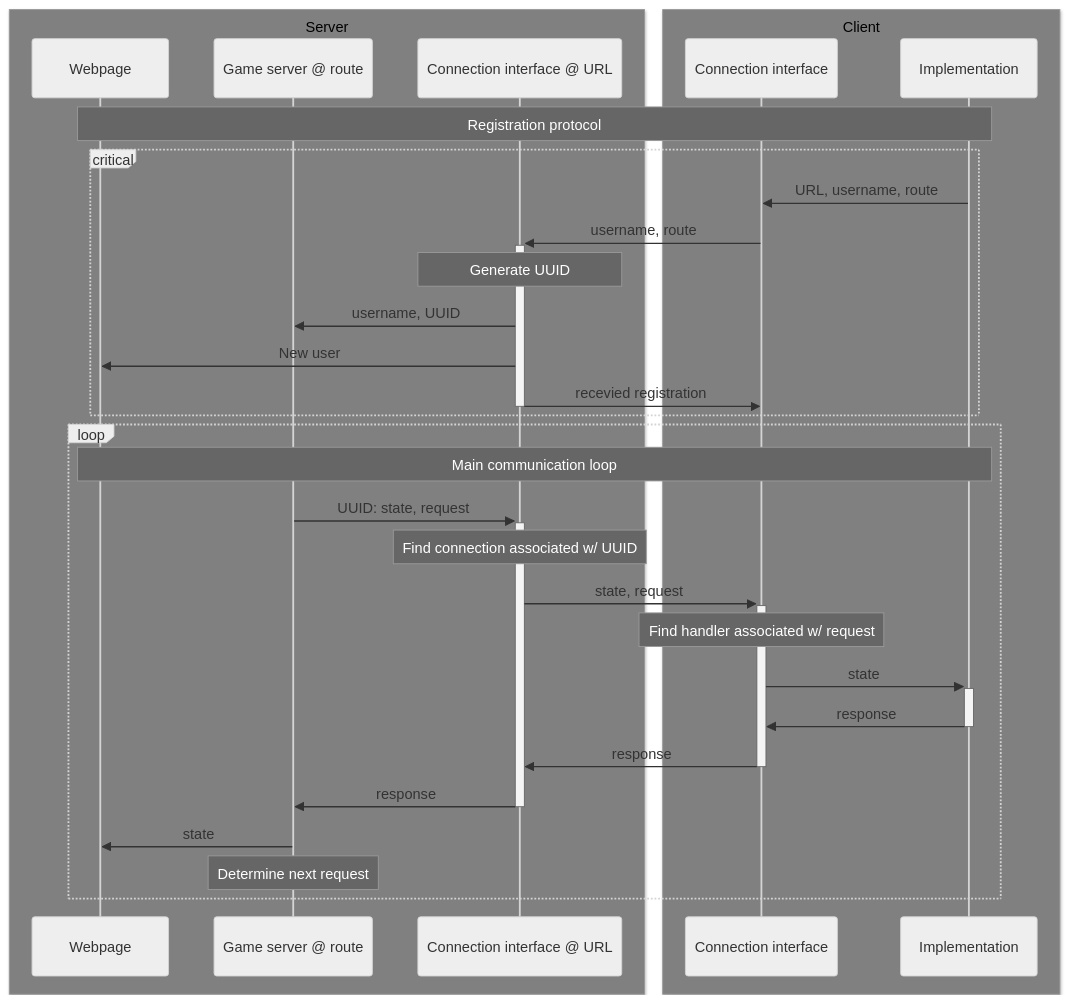
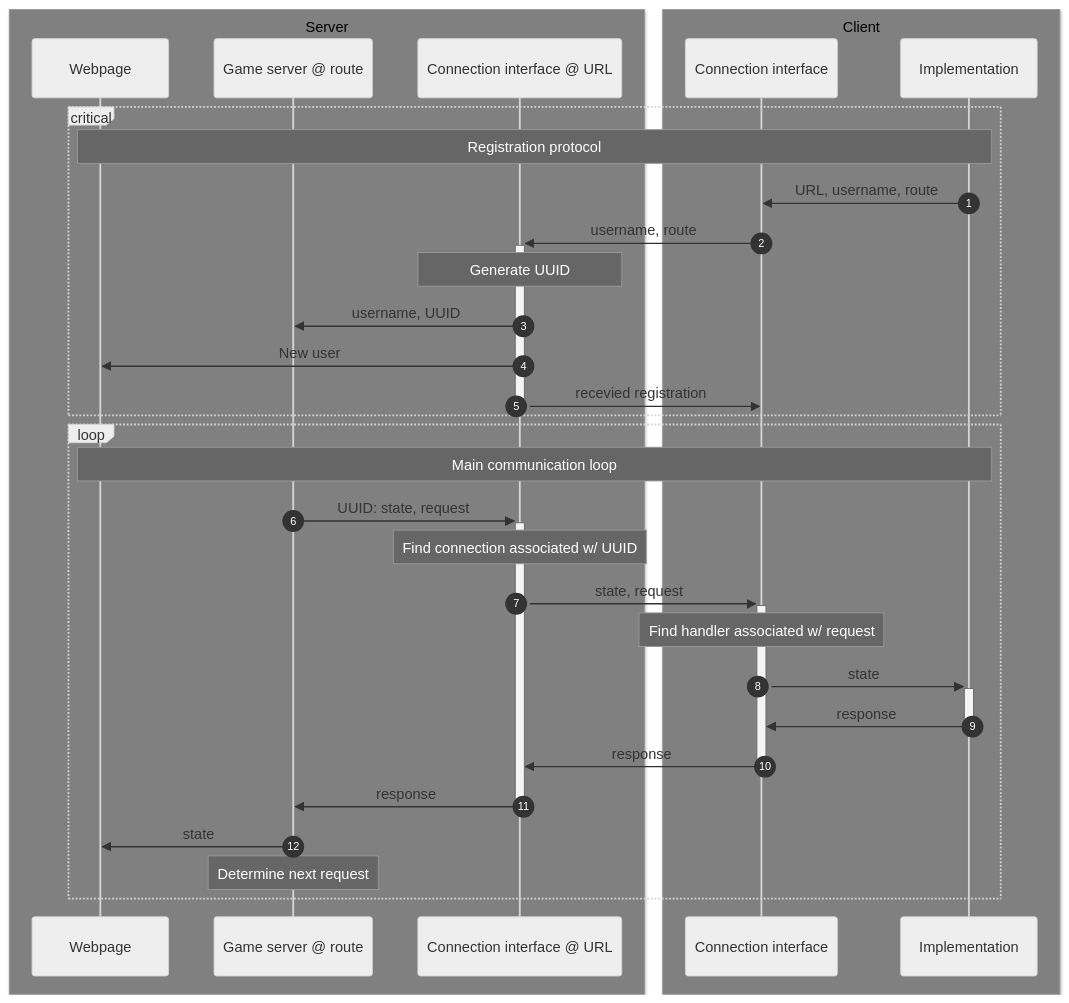
Before and after one commit to MeijeronFire/competition-backend: the diagram in docs/specs.md, drawn with Mermaid (neutral theme). The commit also changed other lines of this file, not shown here.

````diff
--- a/docs/specs.md
+++ b/docs/specs.md
@@ -8,36 +8,37 @@
 ```mermaid
 sequenceDiagram
+    autonumber
     box Gray Server
     participant page as Webpage
     participant SF as Game server @ route
     participant SB as Connection interface @ URL
     end
     box Gray Client
     participant CB as Connection interface
     participant CF as Implementation
     end
 
-    Note over page, CF: Registration protocol
     critical
+        Note over page, CF: Registration protocol
         CF->>CB: URL, username, route
         CB->>+SB: username, route
         Note over SB:Generate UUID
         SB->>SF: username, UUID
         SB->>page: New user
         SB->>-CB: recevied registration
     end
 
     loop
         Note over page, CF: Main communication loop
         SF->>+SB: UUID: state, request
         Note over SB:Find connection associated w/ UUID
         SB->>+CB: state, request
         Note over CB: Find handler associated w/ request
         CB->>+CF: state
         CF->>-CB: response
         CB->>-SB: response
         SB->>-SF: response
         SF->>page: state
         Note over SF: Determine next request
     end
 ```
````
